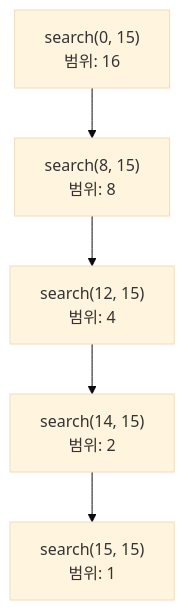
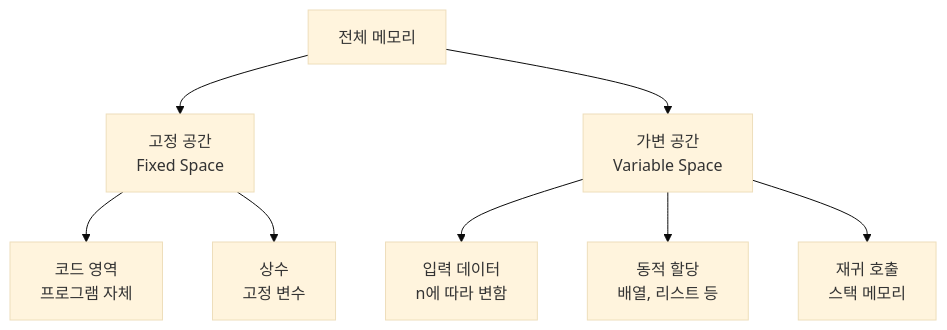
One commit to nugurejeil/weniVooks changed the first of 2 diagrams in _md/essentials-codingtest/chapter02/02-2.md. Above: the diagram before and after it, drawn with Mermaid (base theme). The commit also changed other lines of this file and 5 other files, not shown here.

````diff
--- a/_md/essentials-codingtest/chapter02/02-2.md
+++ b/_md/essentials-codingtest/chapter02/02-2.md
@@ -322,7 +19,12 @@
 ```mermaid
 graph TD
-    A["search(0, 15)<br/>범위: 16"] --> B["search(8, 15)<br/>범위: 8"]
-    B --> C["search(12, 15)<br/>범위: 4"]
-    C --> D["search(14, 15)<br/>범위: 2"]
-    D --> E["search(15, 15)<br/>범위: 1"]
+    A["전체 메모리"] --> B["고정 공간<br/>Fixed Space"]
+    A --> C["가변 공간<br/>Variable Space"]
+
+    B --> B1["코드 영역<br/>프로그램 자체"]
+    B --> B2["상수<br/>고정 변수"]
+
+    C --> C1["입력 데이터<br/>n에 따라 변함"]
+    C --> C2["동적 할당<br/>배열, 리스트 등"]
+    C --> C3["재귀 호출<br/>스택 메모리"]
 ```
````
